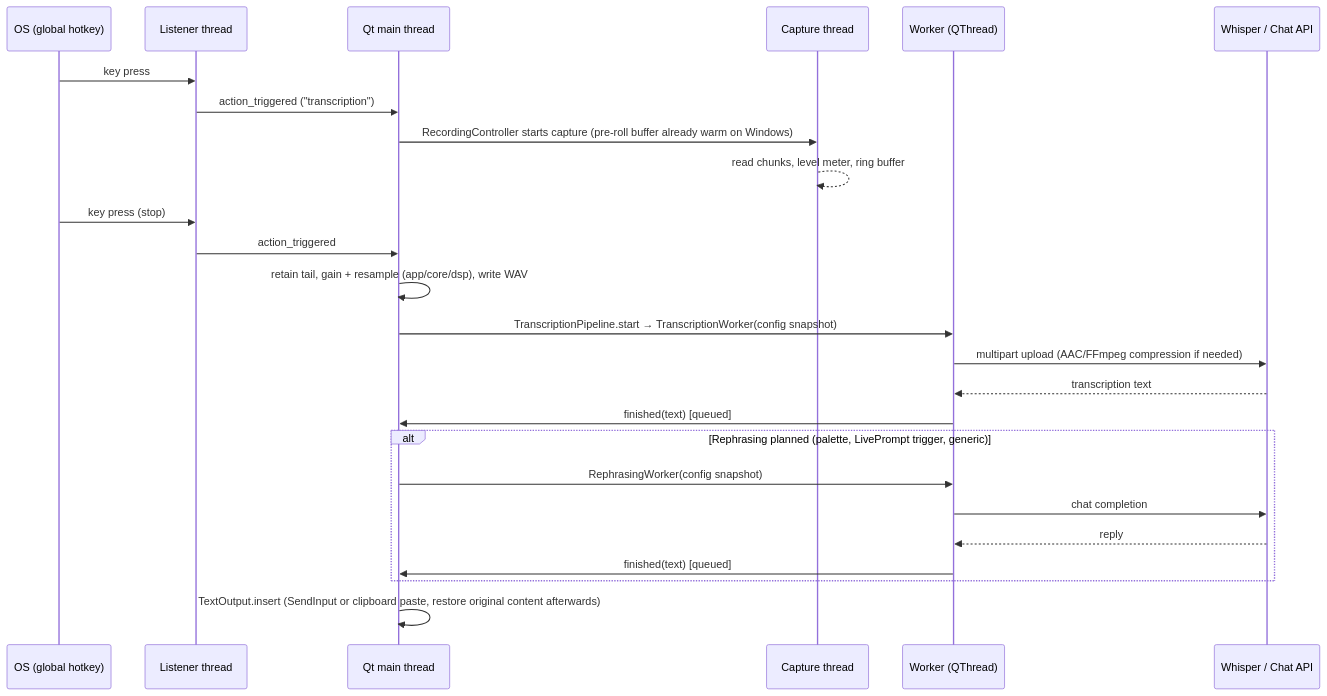
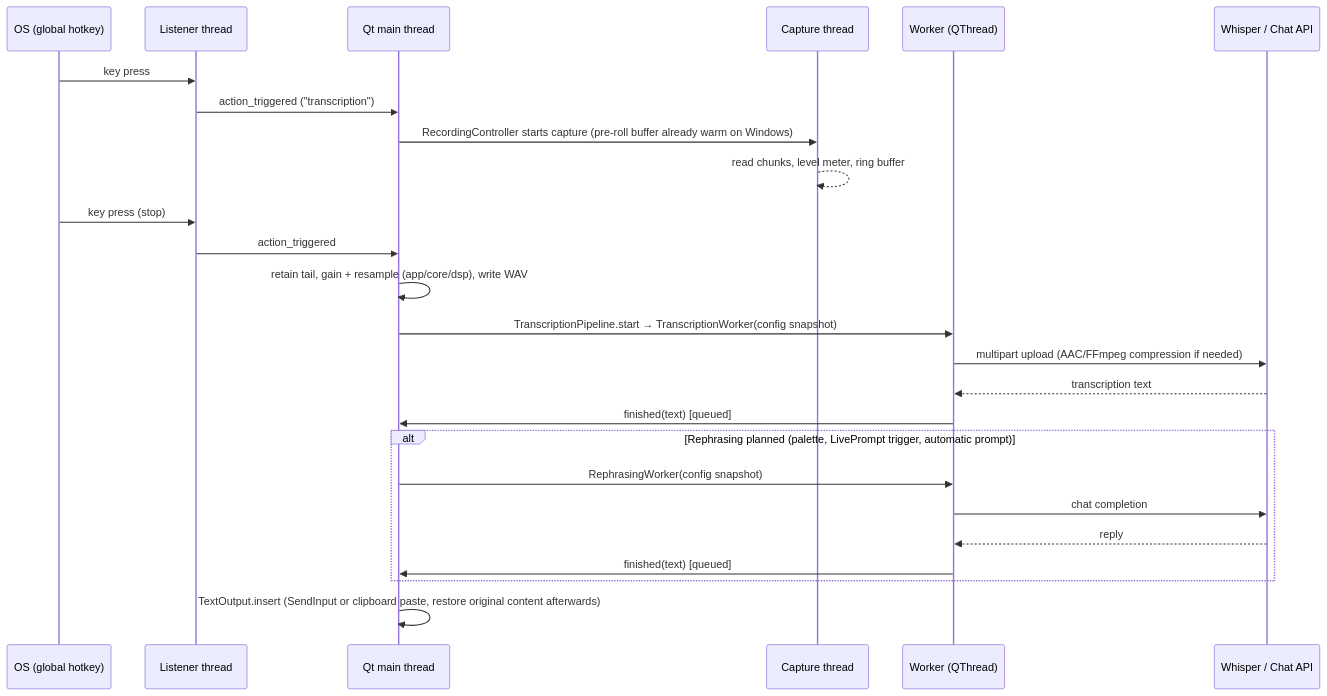
Before and after one commit to bjspi/WhisperTyper: the second of 2 diagrams in docs/ARCHITECTURE.md, drawn with Mermaid. The commit also changed other lines of this file and 29 other files, not shown here.

````diff
--- a/docs/ARCHITECTURE.md
+++ b/docs/ARCHITECTURE.md
@@ -139,28 +139,28 @@
 ```mermaid
 sequenceDiagram
     participant OS as OS (global hotkey)
     participant L as Listener thread
     participant M as Qt main thread
     participant C as Capture thread
     participant W as Worker (QThread)
     participant API as Whisper / Chat API
 
     OS->>L: key press
     L->>M: action_triggered ("transcription")
     M->>C: RecordingController starts capture (pre-roll buffer already warm on Windows)
     C-->>C: read chunks, level meter, ring buffer
     OS->>L: key press (stop)
     L->>M: action_triggered
     M->>M: retain tail, gain + resample (app/core/dsp), write WAV
     M->>W: TranscriptionPipeline.start → TranscriptionWorker(config snapshot)
     W->>API: multipart upload (AAC/FFmpeg compression if needed)
     API-->>W: transcription text
     W->>M: finished(text) [queued]
-    alt Rephrasing planned (palette, LivePrompt trigger, generic)
+    alt Rephrasing planned (palette, LivePrompt trigger, automatic prompt)
         M->>W: RephrasingWorker(config snapshot)
         W->>API: chat completion
         API-->>W: reply
         W->>M: finished(text) [queued]
     end
     M->>M: TextOutput.insert (SendInput or clipboard paste, restore original content afterwards)
 ```
````
